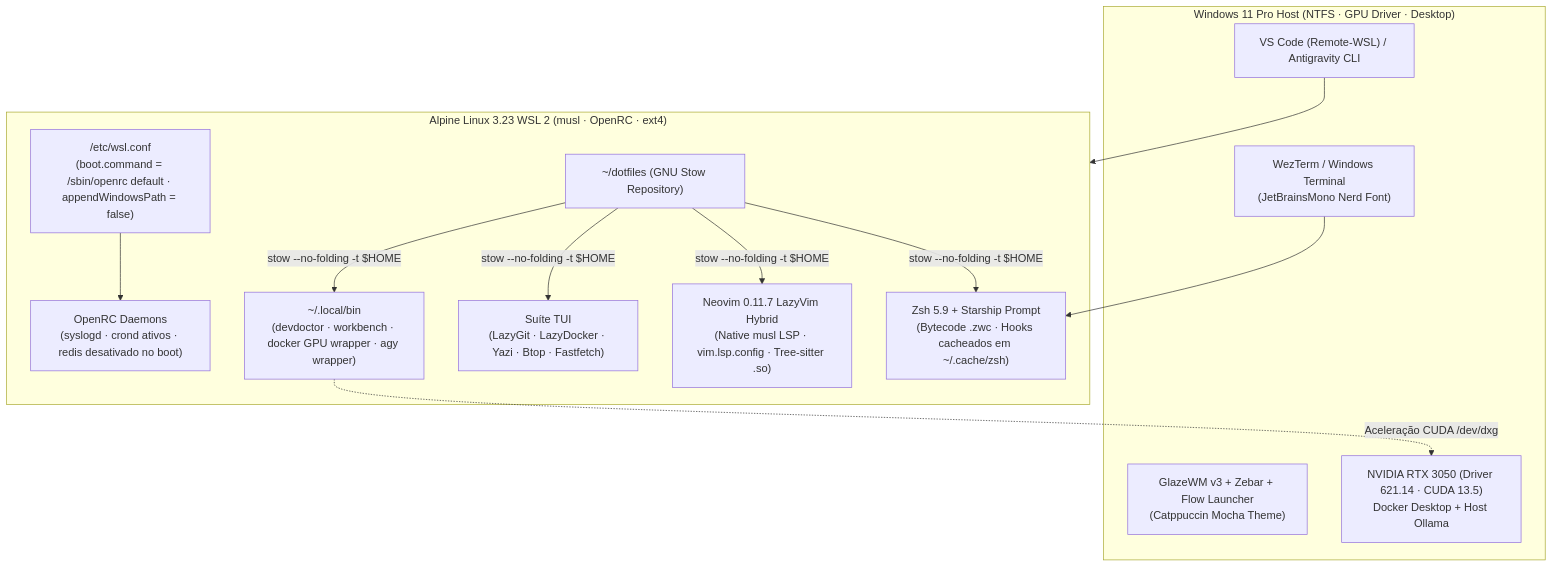
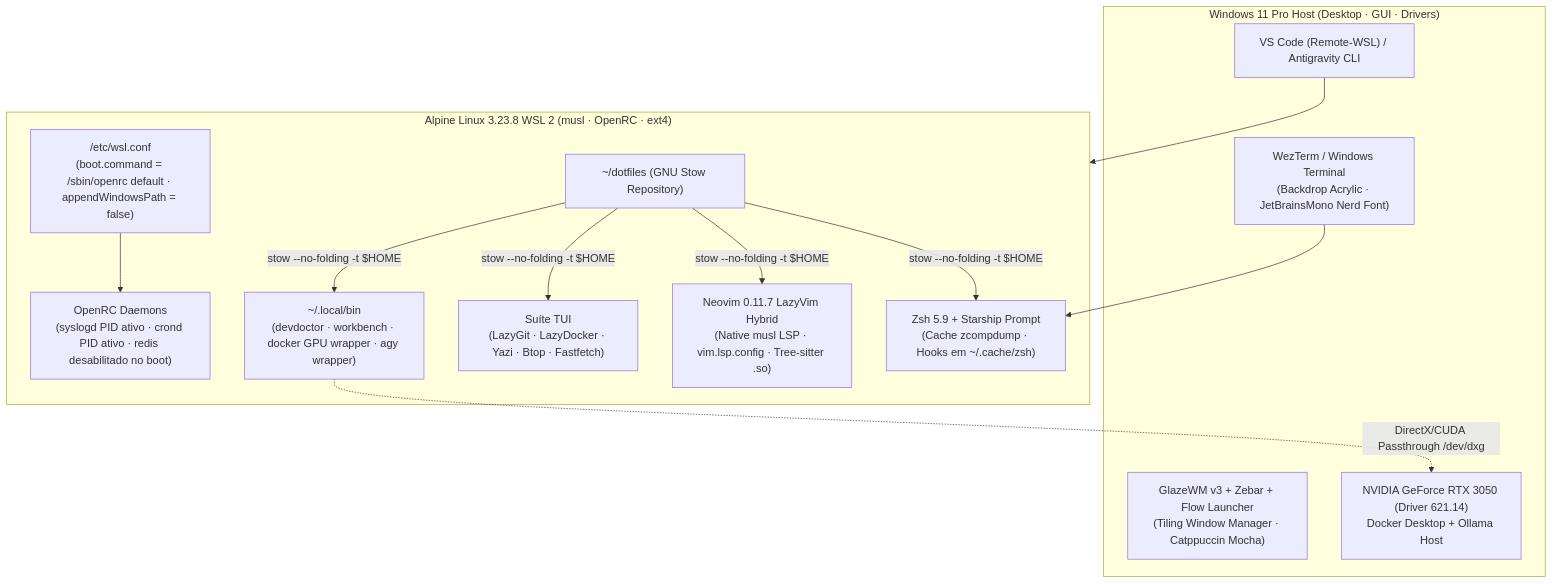
Before and after one commit to pedrohpsantos/dotfiles: the diagram in README.md, drawn with Mermaid. The commit also changed other lines of this file and 4 other files, not shown here.

````diff
--- a/README.md
+++ b/README.md
@@ -57,28 +72,28 @@
 ```mermaid
 flowchart TD
-    subgraph Host[" Windows 11 Pro Host (NTFS · GPU Driver · Desktop) "]
-        WT["WezTerm / Windows Terminal\n(JetBrainsMono Nerd Font)"]
-        WM["GlazeWM v3 + Zebar + Flow Launcher\n(Catppuccin Mocha Theme)"]
+    subgraph Host[" Windows 11 Pro Host (Desktop · GUI · Drivers) "]
+        WT["WezTerm / Windows Terminal\n(Backdrop Acrylic · JetBrainsMono Nerd Font)"]
+        WM["GlazeWM v3 + Zebar + Flow Launcher\n(Tiling Window Manager · Catppuccin Mocha)"]
         VSC["VS Code (Remote-WSL) / Antigravity CLI"]
-        GPU["NVIDIA RTX 3050 (Driver 621.14 · CUDA 13.5)\nDocker Desktop + Host Ollama"]
+        GPU["NVIDIA GeForce RTX 3050 (Driver 621.14)\nDocker Desktop + Ollama Host"]
     end
 
-    subgraph Guest[" Alpine Linux 3.23 WSL 2 (musl · OpenRC · ext4) "]
+    subgraph Guest[" Alpine Linux 3.23.8 WSL 2 (musl · OpenRC · ext4) "]
         Boot["/etc/wsl.conf\n(boot.command = /sbin/openrc default · appendWindowsPath = false)"]
-        RC["OpenRC Daemons\n(syslogd · crond ativos · redis desativado no boot)"]
+        RC["OpenRC Daemons\n(syslogd PID ativo · crond PID ativo · redis desabilitado no boot)"]
         Stow["~/dotfiles (GNU Stow Repository)"]
-        Shell["Zsh 5.9 + Starship Prompt\n(Bytecode .zwc · Hooks cacheados em ~/.cache/zsh)"]
+        Shell["Zsh 5.9 + Starship Prompt\n(Cache zcompdump · Hooks em ~/.cache/zsh)"]
         Nvim["Neovim 0.11.7 LazyVim Hybrid\n(Native musl LSP · vim.lsp.config · Tree-sitter .so)"]
         TUIs["Suíte TUI\n(LazyGit · LazyDocker · Yazi · Btop · Fastfetch)"]
         Bins["~/.local/bin\n(devdoctor · workbench · docker GPU wrapper · agy wrapper)"]
     end
 
     WT --> Shell
     VSC --> Guest
     Boot --> RC
     Stow -->|"stow --no-folding -t $HOME"| Shell
     Stow -->|"stow --no-folding -t $HOME"| Nvim
     Stow -->|"stow --no-folding -t $HOME"| TUIs
     Stow -->|"stow --no-folding -t $HOME"| Bins
-    Bins -.->|"Aceleração CUDA /dev/dxg"| GPU
+    Bins -.->|"DirectX/CUDA Passthrough /dev/dxg"| GPU
 ```
````
